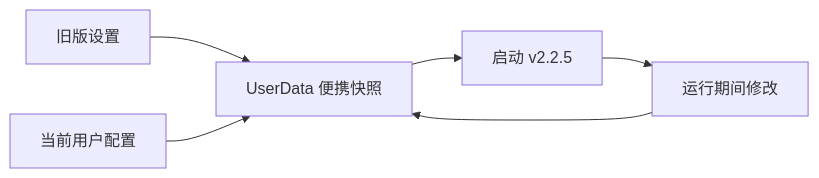
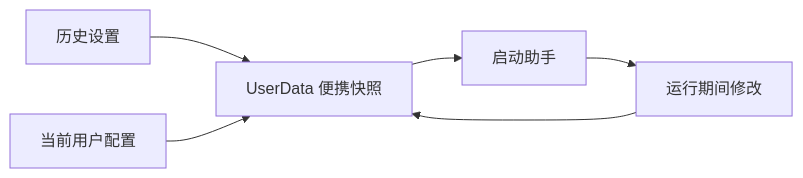
One commit to combating123/qq-farm-cv-helper-portable changed the diagram in README.md. Above: the diagram before and after it, drawn with Mermaid. The commit also changed other lines of this file and 7 other files, not shown here.

````diff
--- a/README.md
+++ b/README.md
@@ -60,8 +59,8 @@
 ```mermaid
 graph LR
-    A[旧版设置] --> B[UserData 便携快照]
+    A[历史设置] --> B[UserData 便携快照]
     C[当前用户配置] --> B
-    B --> D[启动 v2.2.5]
+    B --> D[启动助手]
     D --> E[运行期间修改]
     E --> B
 ```
````
